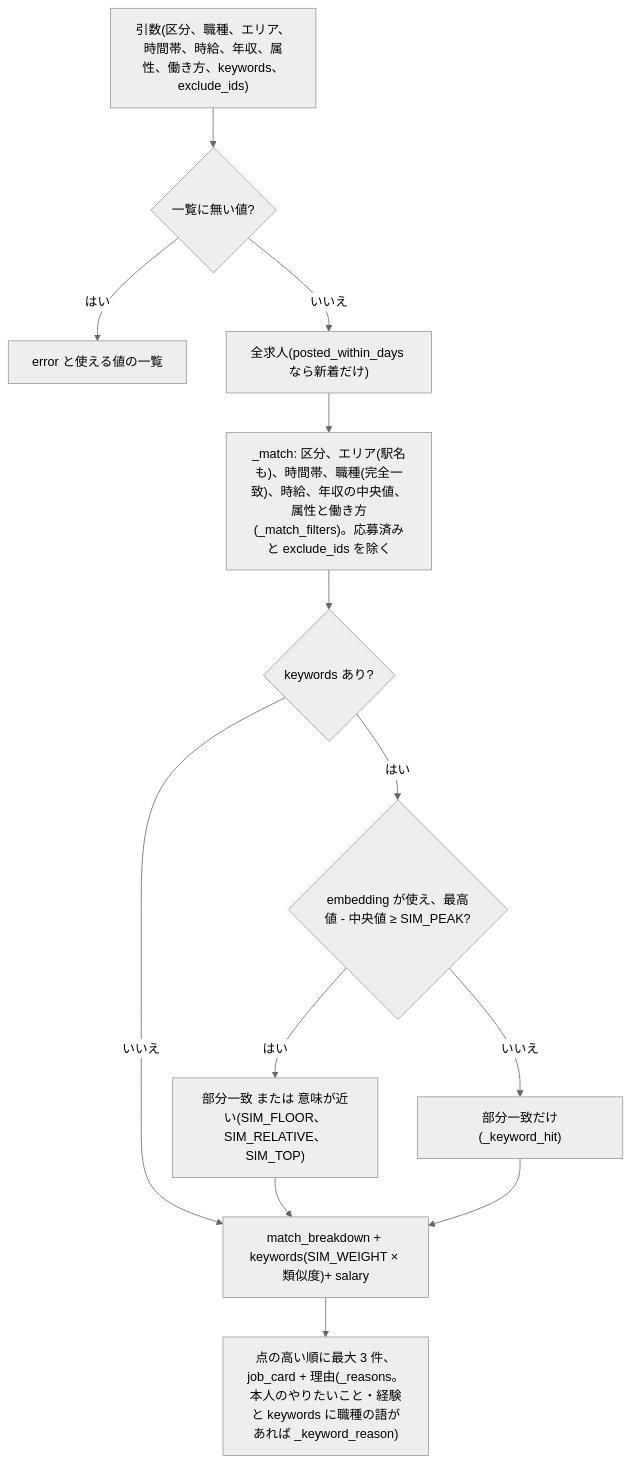
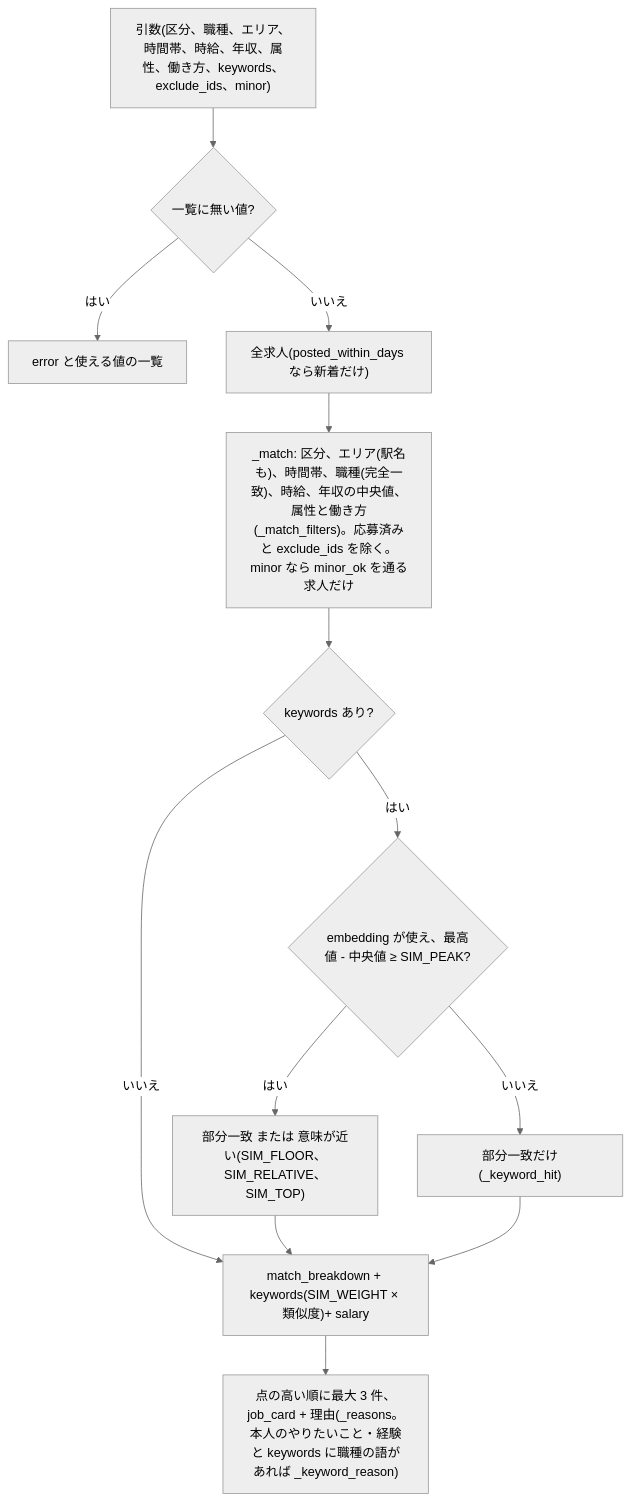
The tenth of 12 diagrams in docs/architecture/lld.md (jyoka/aica), drawn with Mermaid (neutral theme) before and after one commit. The commit also changed other lines of this file and 5 other files, not shown here.

````diff
--- a/docs/architecture/lld.md
+++ b/docs/architecture/lld.md
@@ -1143,23 +1143,23 @@
 ```mermaid
 flowchart TB
-    args["引数(区分、職種、エリア、時間帯、時給、年収、属性、働き方、keywords、exclude_ids)"]
+    args["引数(区分、職種、エリア、時間帯、時給、年収、属性、働き方、keywords、exclude_ids、minor)"]
     err{"一覧に無い値?"}
     errout["error と使える値の一覧"]
     pool["全求人(posted_within_days なら新着だけ)"]
-    match["_match: 区分、エリア(駅名も)、時間帯、職種(完全一致)、時給、年収の中央値、属性と働き方(_match_filters)。応募済みと exclude_ids を除く"]
+    match["_match: 区分、エリア(駅名も)、時間帯、職種(完全一致)、時給、年収の中央値、属性と働き方(_match_filters)。応募済みと exclude_ids を除く。minor なら minor_ok を通る求人だけ"]
     kw{"keywords あり?"}
     sem{"embedding が使え、最高値 - 中央値 ≥ SIM_PEAK?"}
     near["部分一致 または 意味が近い(SIM_FLOOR、SIM_RELATIVE、SIM_TOP)"]
     part["部分一致だけ(_keyword_hit)"]
     score["match_breakdown + keywords(SIM_WEIGHT × 類似度)+ salary"]
     top["点の高い順に最大 3 件、job_card + 理由(_reasons。本人のやりたいこと・経験と keywords に職種の語があれば _keyword_reason)"]
 
     args --> err
     err -- "はい" --> errout
     err -- "いいえ" --> pool --> match --> kw
     kw -- "いいえ" --> score
     kw -- "はい" --> sem
     sem -- "はい" --> near --> score
     sem -- "いいえ" --> part --> score
     score --> top
 ```
````
